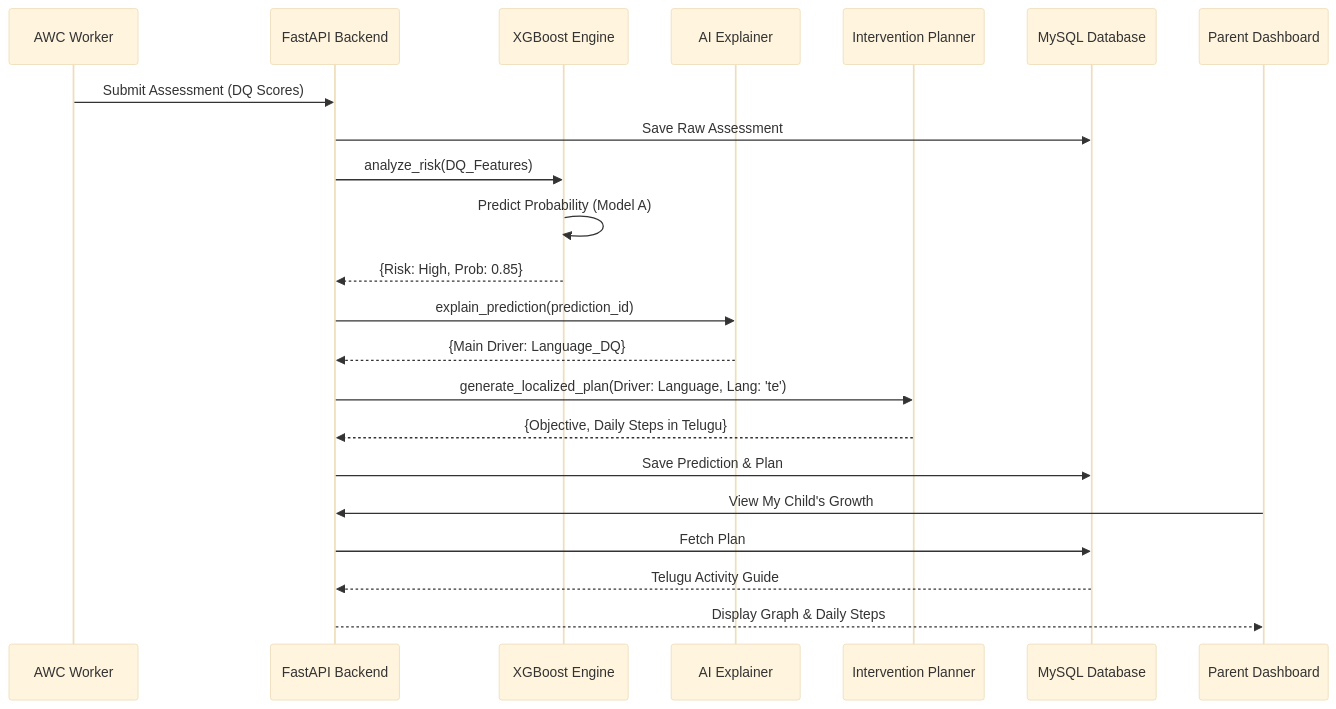
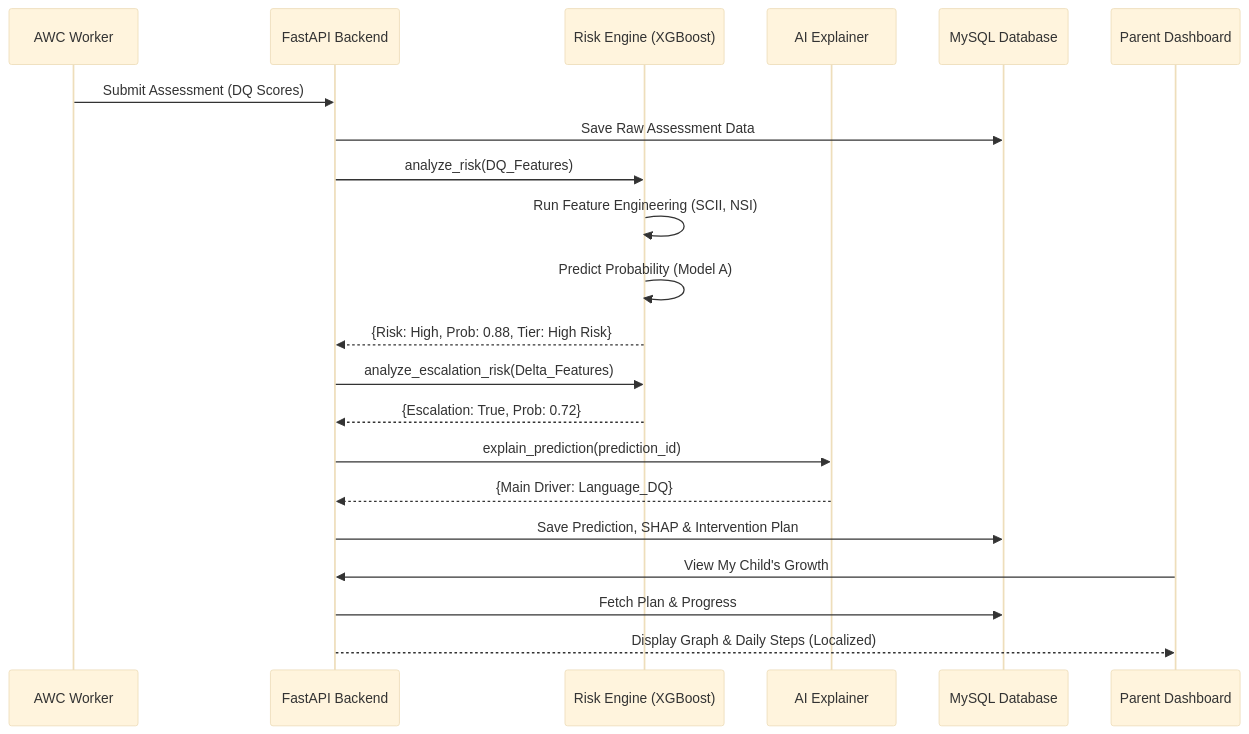
The second of 3 diagrams in PROJECT_DOCUMENTATION.md (shaik7867867860089-stack/Autism), drawn with Mermaid (base theme) before and after one commit. The commit also changed other lines of this file, not shown here.

````diff
--- a/PROJECT_DOCUMENTATION.md
+++ b/PROJECT_DOCUMENTATION.md
@@ -82,30 +83,29 @@
 ```mermaid
 sequenceDiagram
     participant AWW as AWC Worker
     participant API as FastAPI Backend
-    participant ML as XGBoost Engine
+    participant ML as Risk Engine (XGBoost)
     participant SHAP as AI Explainer
-    participant IP as Intervention Planner
     participant DB as MySQL Database
     participant Parent as Parent Dashboard
 
     AWW->>API: Submit Assessment (DQ Scores)
-    API->>DB: Save Raw Assessment
+    API->>DB: Save Raw Assessment Data
     API->>ML: analyze_risk(DQ_Features)
     
+    ML->>ML: Run Feature Engineering (SCII, NSI)
     ML->>ML: Predict Probability (Model A)
-    ML-->>API: {Risk: High, Prob: 0.85}
+    ML-->>API: {Risk: High, Prob: 0.88, Tier: High Risk}
+    
+    API->>ML: analyze_escalation_risk(Delta_Features)
+    ML-->>API: {Escalation: True, Prob: 0.72}
     
     API->>SHAP: explain_prediction(prediction_id)
     SHAP-->>API: {Main Driver: Language_DQ}
     
-    API->>IP: generate_localized_plan(Driver: Language, Lang: 'te')
-    IP-->>API: {Objective, Daily Steps in Telugu}
-    
-    API->>DB: Save Prediction & Plan
+    API->>DB: Save Prediction, SHAP & Intervention Plan
     
     Parent->>API: View My Child's Growth
-    API->>DB: Fetch Plan
-    DB-->>API: Telugu Activity Guide
-    API-->>Parent: Display Graph & Daily Steps
+    API->>DB: Fetch Plan & Progress
+    API-->>Parent: Display Graph & Daily Steps (Localized)
 ```
````
